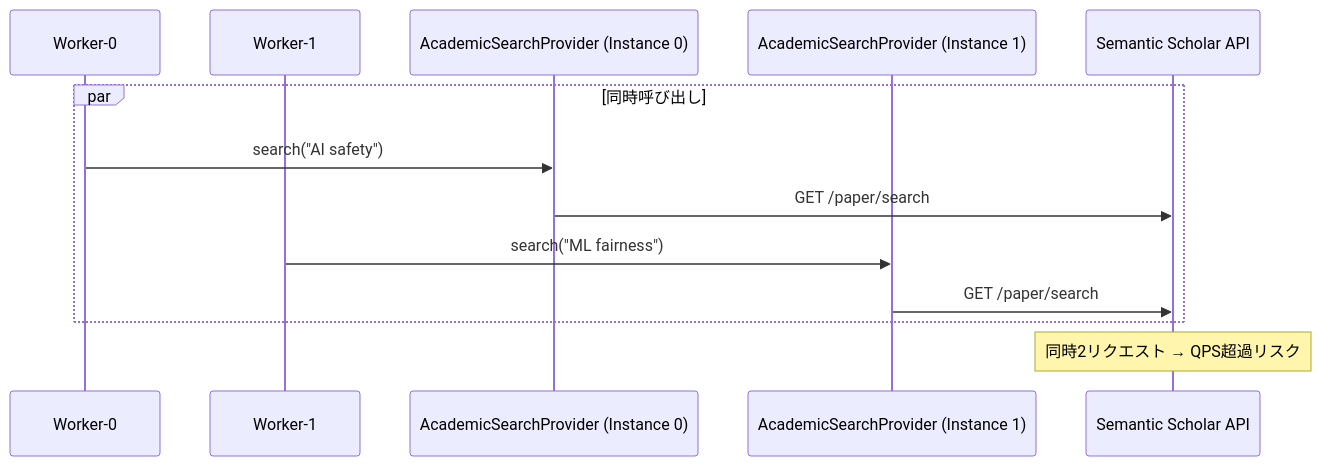
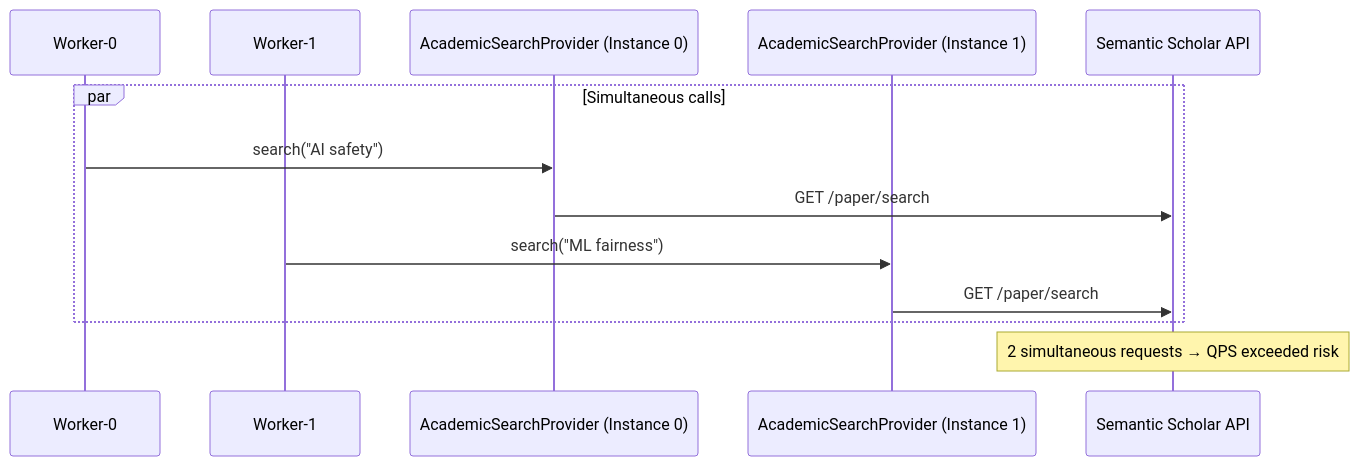
Before and after one commit to k-shibuki/lyra: the diagram in docs/adr/0013-worker-resource-contention.md, drawn with Mermaid. The commit also changed other lines of this file and 15 other files, not shown here.

````diff
--- a/docs/adr/0013-worker-resource-contention.md
+++ b/docs/adr/0013-worker-resource-contention.md
@@ -36,16 +36,16 @@
 ```mermaid
 sequenceDiagram
     participant W0 as Worker-0
     participant W1 as Worker-1
     participant ASP0 as AcademicSearchProvider (Instance 0)
     participant ASP1 as AcademicSearchProvider (Instance 1)
     participant S2 as Semantic Scholar API
 
-    par 同時呼び出し
+    par Simultaneous calls
         W0->>ASP0: search("AI safety")
         ASP0->>S2: GET /paper/search
         W1->>ASP1: search("ML fairness")
         ASP1->>S2: GET /paper/search
     end
-    Note over S2: 同時2リクエスト → QPS超過リスク
+    Note over S2: 2 simultaneous requests → QPS exceeded risk
 ```
````
